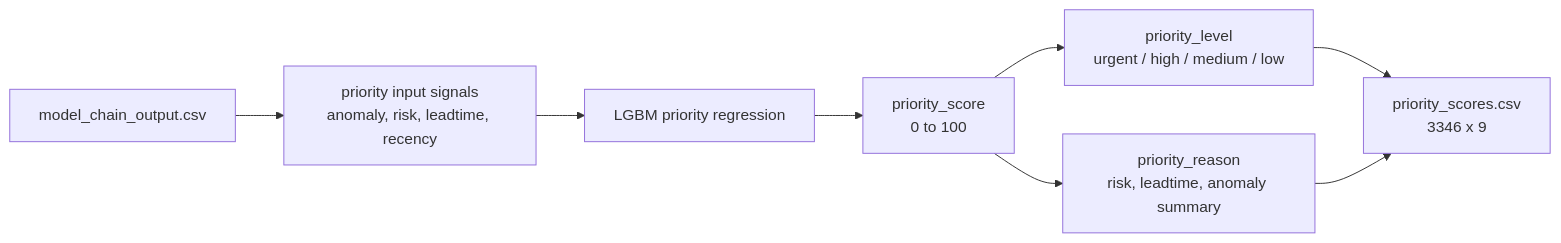
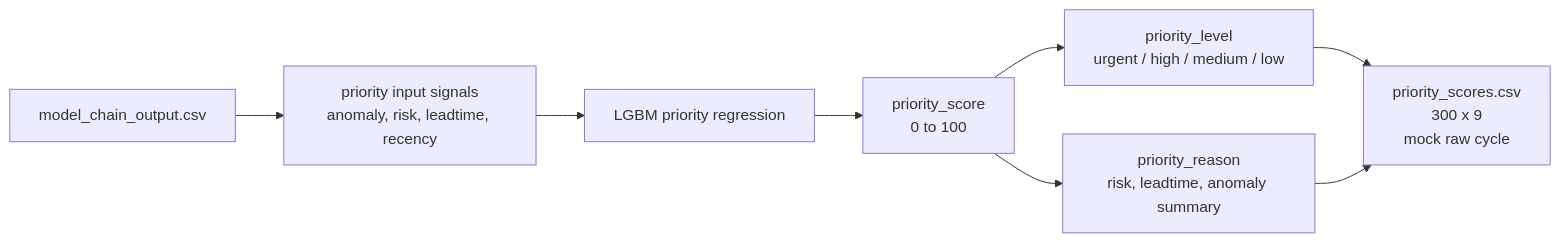
One commit to jiyang-lee/Heat_Grid_Agent changed the diagram in docs/report/proto/04_priority.md. Above: the diagram before and after it, drawn with Mermaid. The commit also changed other lines of this file and 16 other files, not shown here.

Commit message:
docs(report): mock raw 1사이클 재실행 기록

````diff
--- a/docs/report/proto/04_priority.md
+++ b/docs/report/proto/04_priority.md
@@ -56,10 +56,10 @@
 ```mermaid
 flowchart LR
   CHAIN["model_chain_output.csv"] --> F7["priority input signals<br/>anomaly, risk, leadtime, recency"]
   F7 --> LGBM["LGBM priority regression"]
   LGBM --> SCORE["priority_score<br/>0 to 100"]
   SCORE --> LEVEL["priority_level<br/>urgent / high / medium / low"]
   SCORE --> REASON["priority_reason<br/>risk, leadtime, anomaly summary"]
-  LEVEL --> CSV["priority_scores.csv<br/>3346 x 9"]
+  LEVEL --> CSV["priority_scores.csv<br/>300 x 9<br/>mock raw cycle"]
   REASON --> CSV
 ```
````
